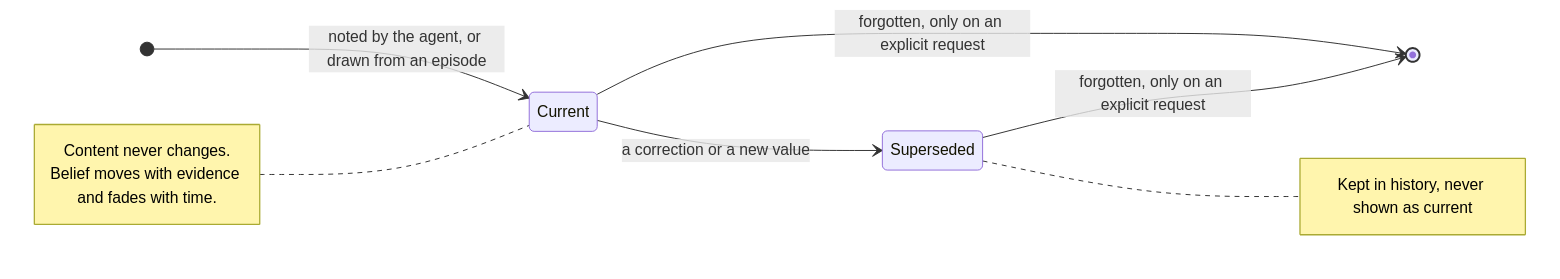
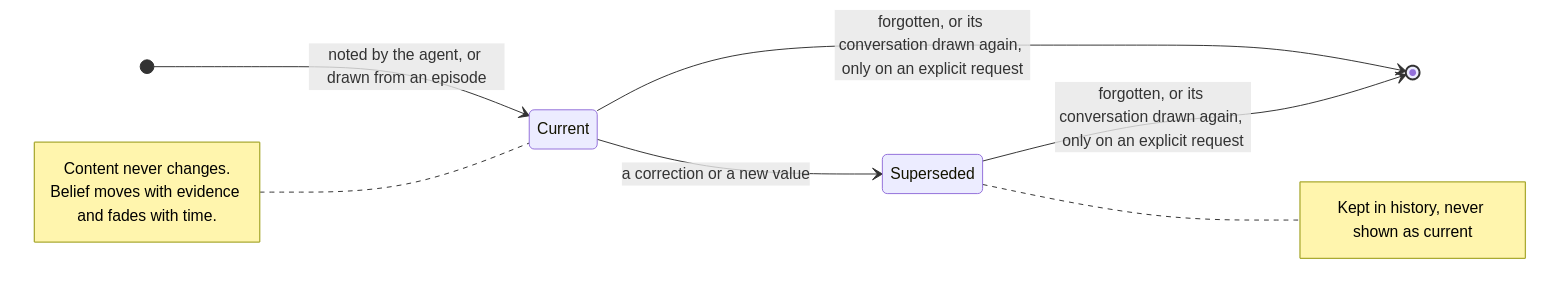
The diagram in docs/primitives/MEMORY.md (willregelmann/tapestry), drawn with Mermaid before and after one commit. The commit also changed other lines of this file and 8 other files, not shown here.

First line of the commit message:
Redraw: take back what was drawn from conversations, so they're drawn again

````diff
--- a/docs/primitives/MEMORY.md
+++ b/docs/primitives/MEMORY.md
@@ -9,15 +9,15 @@
 ```mermaid
 stateDiagram-v2
     direction LR
     [*] --> Current : noted by the agent, or drawn from an episode
     Current --> Superseded : a correction or a new value
-    Current --> [*] : forgotten, only on an explicit request
-    Superseded --> [*] : forgotten, only on an explicit request
+    Current --> [*] : forgotten, or its conversation drawn again, only on an explicit request
+    Superseded --> [*] : forgotten, or its conversation drawn again, only on an explicit request
     note left of Current
         Content never changes.
         Belief moves with evidence and fades with time.
     end note
     note right of Superseded
         Kept in history, never shown as current
     end note
 ```
````
